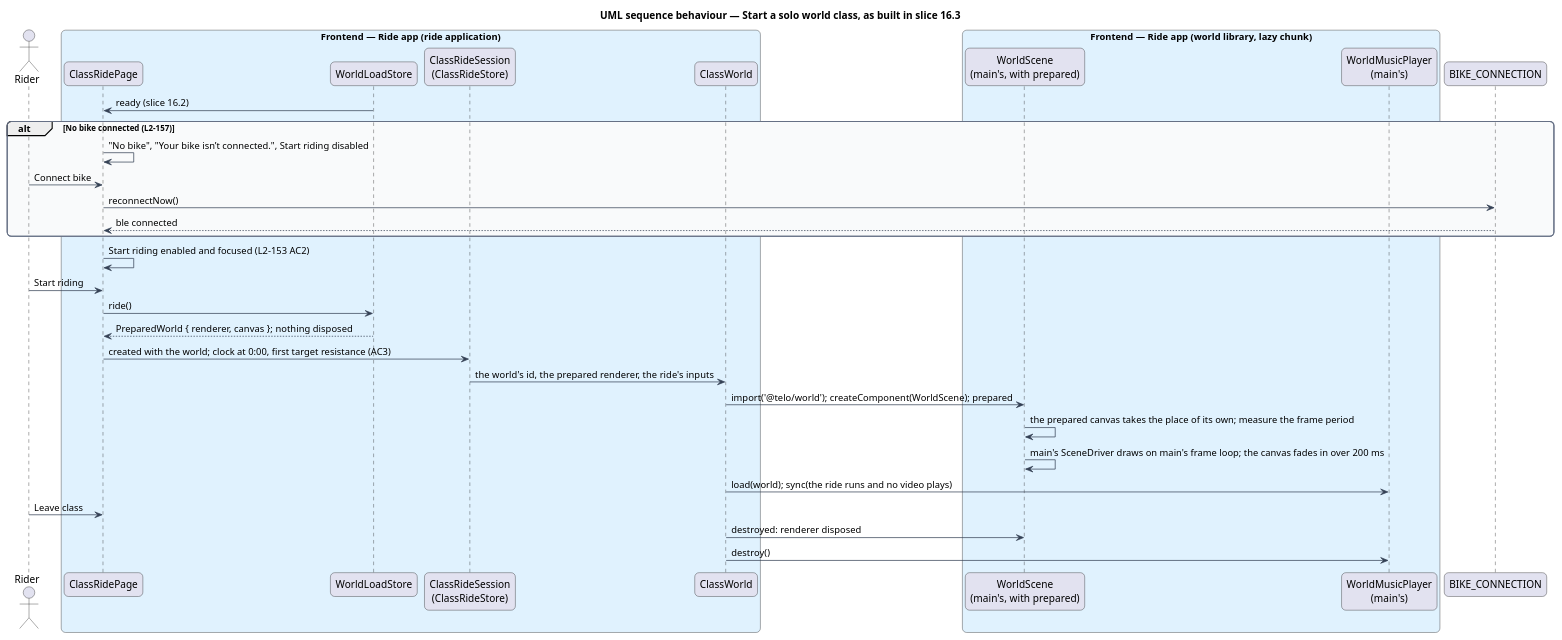
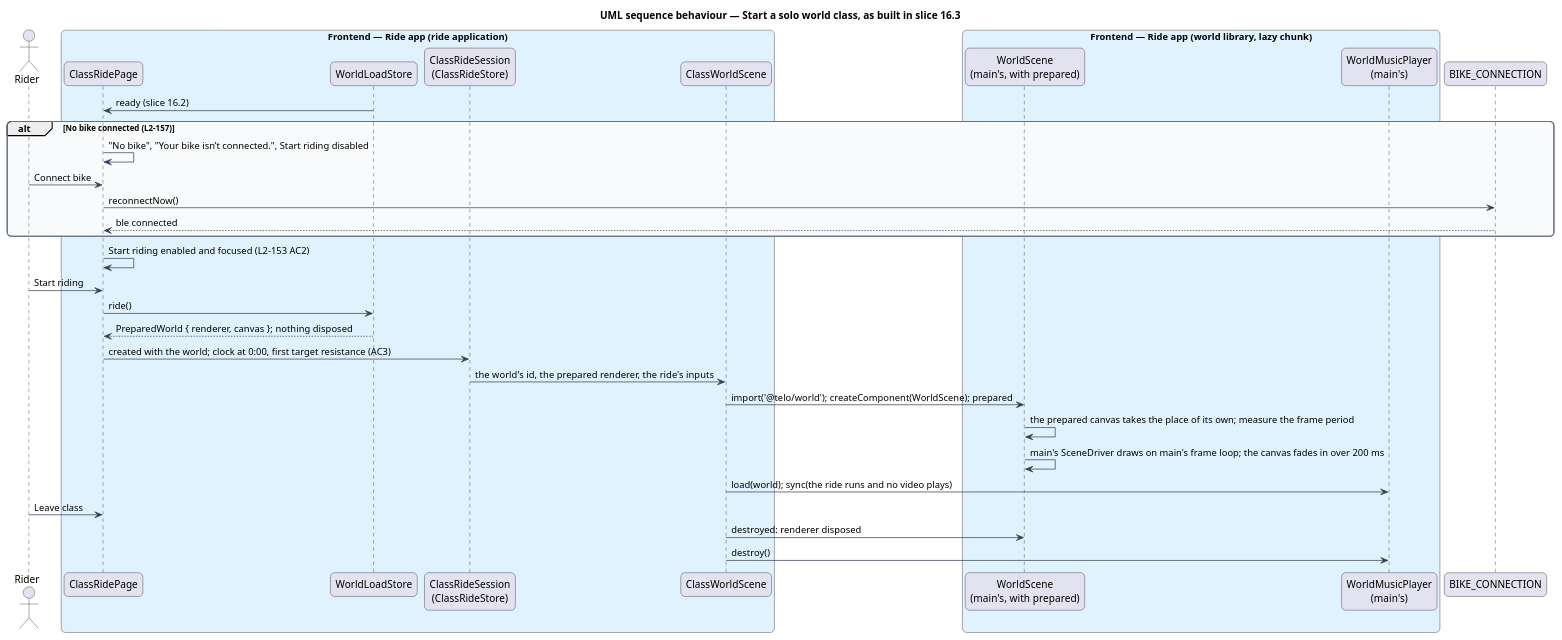
One commit to QuinntyneBrown/wattzup changed the diagram in docs/detailed-designs/classes/start-a-world-class/diagrams/sequence-as-built-16-3.puml. Above: the diagram before and after it, drawn with PlantUML. The commit also changed 235 other files, not shown here.

```diff
--- a/docs/detailed-designs/classes/start-a-world-class/diagrams/sequence-as-built-16-3.puml
+++ b/docs/detailed-designs/classes/start-a-world-class/diagrams/sequence-as-built-16-3.puml
@@ -1,49 +1,49 @@
 @startuml
 title UML sequence behaviour — Start a solo world class, as built in slice 16.3
 skinparam backgroundColor #FFFFFF
 skinparam shadowing false
 skinparam roundcorner 12
 skinparam defaultFontName Arial
 skinparam ArrowColor #344054
 skinparam rectangle {
   BorderColor #344054
   FontColor #101828
 }
 skinparam package {
   BorderColor #667085
   FontColor #101828
   BackgroundColor #F9FAFB
 }
 actor "Rider" as actor
 box "Frontend — Ride app (ride application)" #E0F2FE
   participant "ClassRidePage" as page
   participant "WorldLoadStore" as store
   participant "ClassRideSession\n(ClassRideStore)" as session
-  participant "ClassWorld" as dir
+  participant "ClassWorldScene" as dir
 end box
 box "Frontend — Ride app (world library, lazy chunk)" #E0F2FE
   participant "WorldScene\n(main's, with prepared)" as scene
   participant "WorldMusicPlayer\n(main's)" as music
 end box
 participant "BIKE_CONNECTION" as bike
 store -> page : ready (slice 16.2)
 alt No bike connected (L2-157)
   page -> page : "No bike", "Your bike isn’t connected.", Start riding disabled
   actor -> page : Connect bike
   page -> bike : reconnectNow()
   bike --> page : ble connected
 end
 page -> page : Start riding enabled and focused (L2-153 AC2)
 actor -> page : Start riding
 page -> store : ride()
 store --> page : PreparedWorld { renderer, canvas }; nothing disposed
 page -> session : created with the world; clock at 0:00, first target resistance (AC3)
 session -> dir : the world's id, the prepared renderer, the ride's inputs
 dir -> scene : import('@telo/world'); createComponent(WorldScene); prepared
 scene -> scene : the prepared canvas takes the place of its own; measure the frame period
 scene -> scene : main's SceneDriver draws on main's frame loop; the canvas fades in over 200 ms
 dir -> music : load(world); sync(the ride runs and no video plays)
 actor -> page : Leave class
 dir -> scene : destroyed: renderer disposed
 dir -> music : destroy()
 @enduml
```
